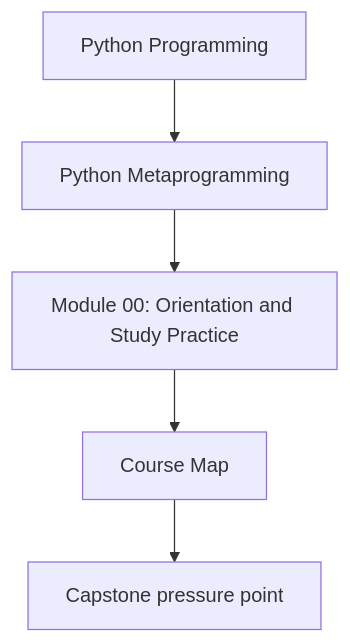
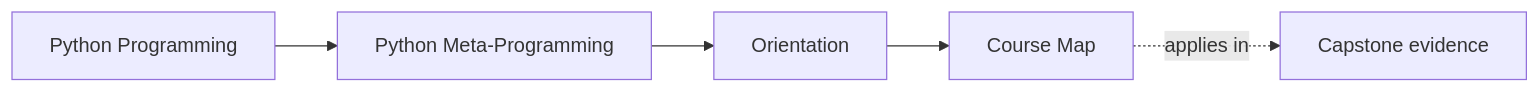
One commit to bijux/bijux-masterclass changed the first of 2 diagrams in programs/python-programming/python-meta-programming/course-book/module-00-orientation/course-map.md. Above: the diagram before and after it, drawn with Mermaid. The commit also changed other lines of this file and 55 other files, not shown here.

Commit message:
docs(python-meta-programming): map runtime foundations and inspection routes

````diff
--- a/programs/python-programming/python-meta-programming/course-book/module-00-orientation/course-map.md
+++ b/programs/python-programming/python-meta-programming/course-book/module-00-orientation/course-map.md
@@ -6,7 +6,11 @@
 ```mermaid
-flowchart TD
-  family["Python Programming"] --> program["Python Metaprogramming"]
-  program --> module["Module 00: Orientation and Study Practice"]
-  module --> concept["Course Map"]
-  concept --> capstone["Capstone pressure point"]
+graph LR
+  family["Python Programming"]
+  program["Python Meta-Programming"]
+  section["Orientation"]
+  page["Course Map"]
+  capstone["Capstone evidence"]
+
+  family --> program --> section --> page
+  page -.applies in.-> capstone
 ```
````
